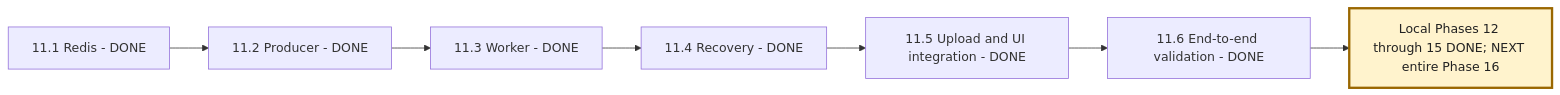
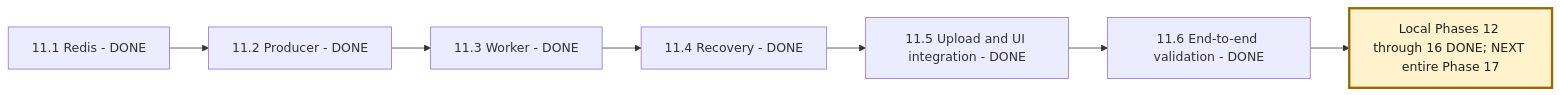
One commit to msdian0007/nexaAi changed the third of 7 diagrams in NEXAAI_ROADMAP.md. Above: the diagram before and after it, drawn with Mermaid. The commit also changed other lines of this file and 6 other files, not shown here.

````diff
--- a/NEXAAI_ROADMAP.md
+++ b/NEXAAI_ROADMAP.md
@@ -282,10 +291,10 @@
 ```mermaid
 flowchart LR
     A[11.1 Redis - DONE] --> B[11.2 Producer - DONE]
     B --> C[11.3 Worker - DONE]
     C --> D[11.4 Recovery - DONE]
     D --> E[11.5 Upload and UI integration - DONE]
     E --> F[11.6 End-to-end validation - DONE]
-    F --> G[Local Phases 12 through 15 DONE; NEXT entire Phase 16]
+    F --> G[Local Phases 12 through 16 DONE; NEXT entire Phase 17]
     style G fill:#fff3cd,stroke:#9a6700,stroke-width:3px,color:#222
 ```
````
